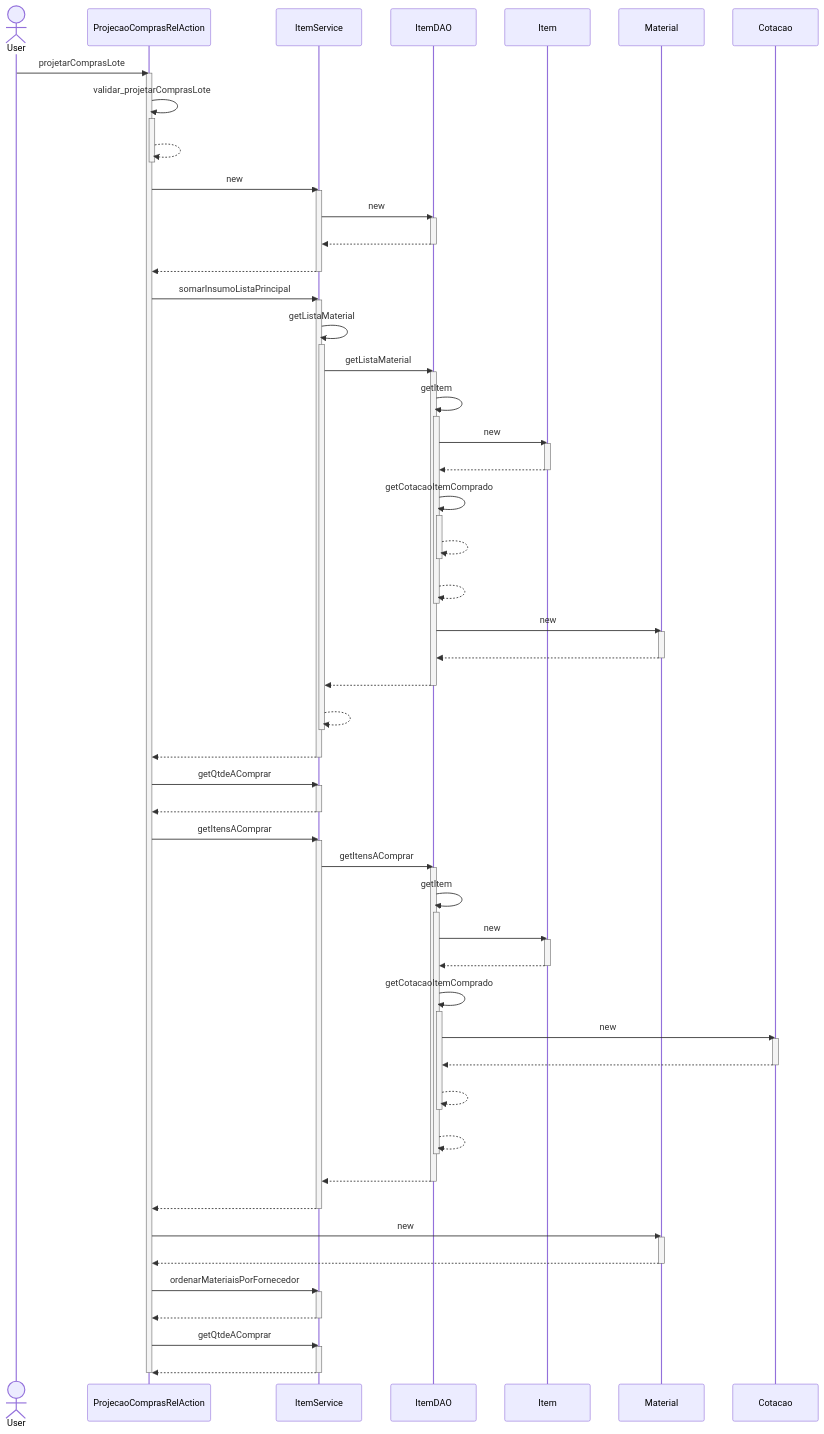
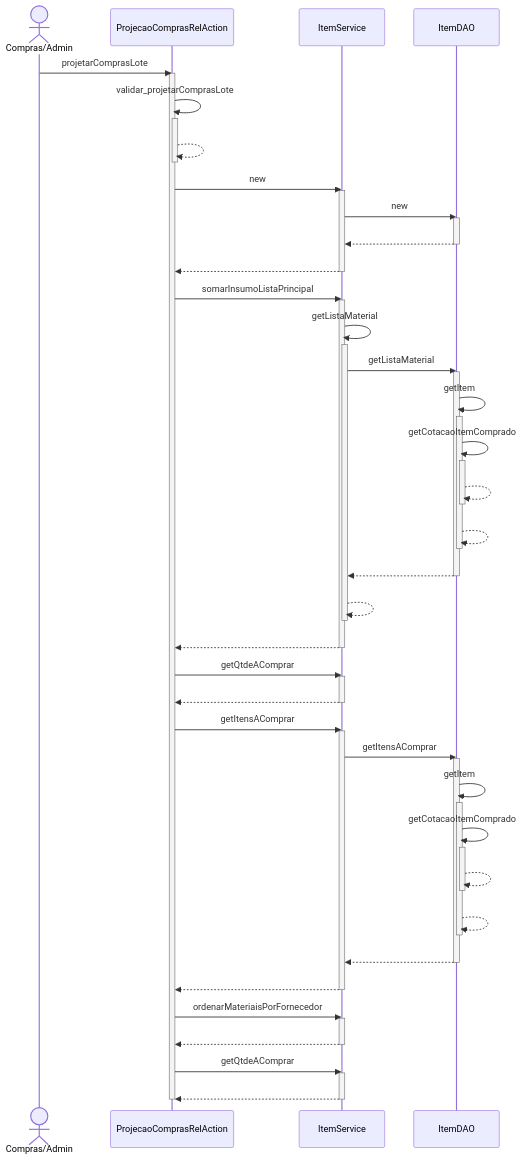
Before and after one commit to branqsMRP/SequenceDiagram: the diagram in DiagramaSequencia/Novo Diagrama Sequencia/Movimentacao/ProjecaoComprasRelAction_projetarComprasLote.mmd, drawn with Mermaid. The commit also changed 7 other files, not shown here.

```diff
--- a/DiagramaSequencia/Novo Diagrama Sequencia/Movimentacao/ProjecaoComprasRelAction_projetarComprasLote.mmd
+++ b/DiagramaSequencia/Novo Diagrama Sequencia/Movimentacao/ProjecaoComprasRelAction_projetarComprasLote.mmd
@@ -1,85 +1,65 @@
 sequenceDiagram
-actor User
-User ->> ProjecaoComprasRelAction : projetarComprasLote
+actor CA as Compras/Admin
+CA ->> ProjecaoComprasRelAction : projetarComprasLote
 activate ProjecaoComprasRelAction
 ProjecaoComprasRelAction ->> ProjecaoComprasRelAction : validar_projetarComprasLote
 activate ProjecaoComprasRelAction
 ProjecaoComprasRelAction -->> ProjecaoComprasRelAction : #32; 
 deactivate ProjecaoComprasRelAction
 ProjecaoComprasRelAction ->> ItemService : new
 activate ItemService
 ItemService ->> ItemDAO : new
 activate ItemDAO
 ItemDAO -->> ItemService : #32; 
 deactivate ItemDAO
 ItemService -->> ProjecaoComprasRelAction : #32; 
 deactivate ItemService
 ProjecaoComprasRelAction ->> ItemService : somarInsumoListaPrincipal
 activate ItemService
 ItemService ->> ItemService : getListaMaterial
 activate ItemService
 ItemService ->> ItemDAO : getListaMaterial
 activate ItemDAO
 ItemDAO ->> ItemDAO : getItem
 activate ItemDAO
-ItemDAO ->> Item : new
-activate Item
-Item -->> ItemDAO : #32; 
-deactivate Item
 ItemDAO ->> ItemDAO : getCotacaoItemComprado
 activate ItemDAO
 ItemDAO -->> ItemDAO : #32; 
 deactivate ItemDAO
 ItemDAO -->> ItemDAO : #32; 
 deactivate ItemDAO
-ItemDAO ->> Material : new
-activate Material
-Material -->> ItemDAO : #32; 
-deactivate Material
 ItemDAO -->> ItemService : #32; 
 deactivate ItemDAO
 ItemService -->> ItemService : #32; 
 deactivate ItemService
 ItemService -->> ProjecaoComprasRelAction : #32; 
 deactivate ItemService
 ProjecaoComprasRelAction ->> ItemService : getQtdeAComprar
 activate ItemService
 ItemService -->> ProjecaoComprasRelAction : #32; 
 deactivate ItemService
 ProjecaoComprasRelAction ->> ItemService : getItensAComprar
 activate ItemService
 ItemService ->> ItemDAO : getItensAComprar
 activate ItemDAO
 ItemDAO ->> ItemDAO : getItem
 activate ItemDAO
-ItemDAO ->> Item : new
-activate Item
-Item -->> ItemDAO : #32; 
-deactivate Item
 ItemDAO ->> ItemDAO : getCotacaoItemComprado
 activate ItemDAO
-ItemDAO ->> Cotacao : new
-activate Cotacao
-Cotacao -->> ItemDAO : #32; 
-deactivate Cotacao
 ItemDAO -->> ItemDAO : #32; 
 deactivate ItemDAO
 ItemDAO -->> ItemDAO : #32; 
 deactivate ItemDAO
 ItemDAO -->> ItemService : #32; 
 deactivate ItemDAO
 ItemService -->> ProjecaoComprasRelAction : #32; 
 deactivate ItemService
-ProjecaoComprasRelAction ->> Material : new
-activate Material
-Material -->> ProjecaoComprasRelAction : #32; 
-deactivate Material
 ProjecaoComprasRelAction ->> ItemService : ordenarMateriaisPorFornecedor
 activate ItemService
 ItemService -->> ProjecaoComprasRelAction : #32; 
 deactivate ItemService
 ProjecaoComprasRelAction ->> ItemService : getQtdeAComprar
 activate ItemService
 ItemService -->> ProjecaoComprasRelAction : #32; 
 deactivate ItemService
 deactivate ProjecaoComprasRelAction
```
